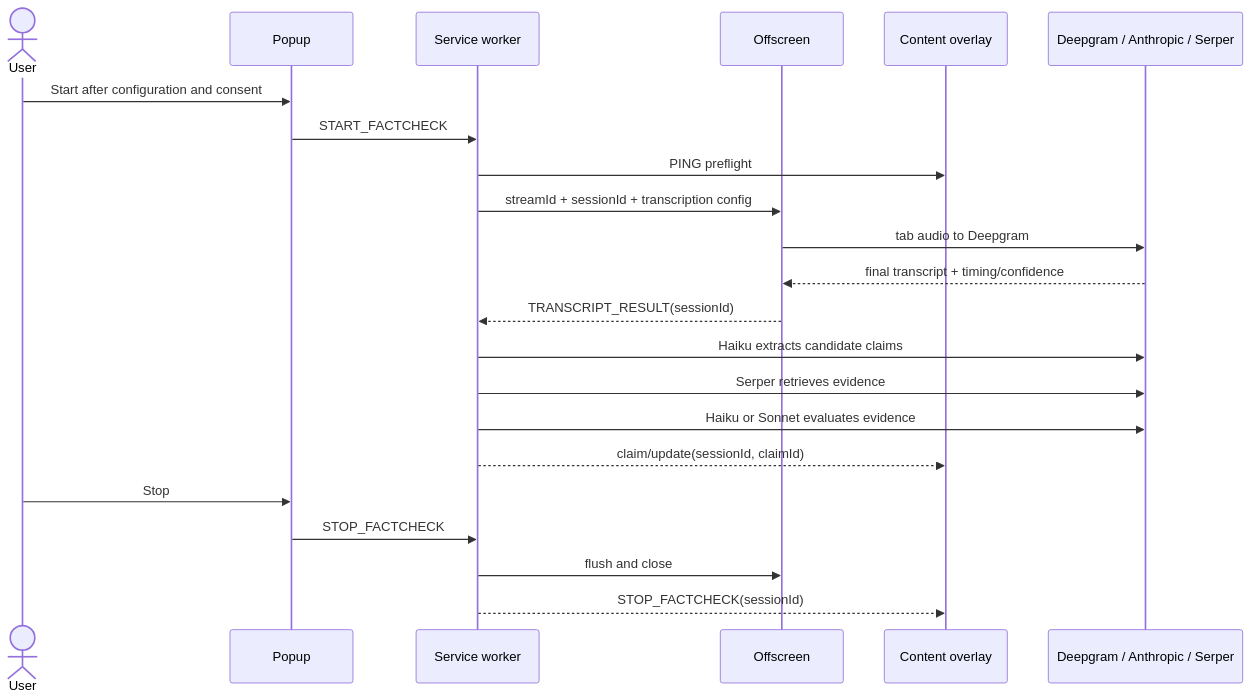
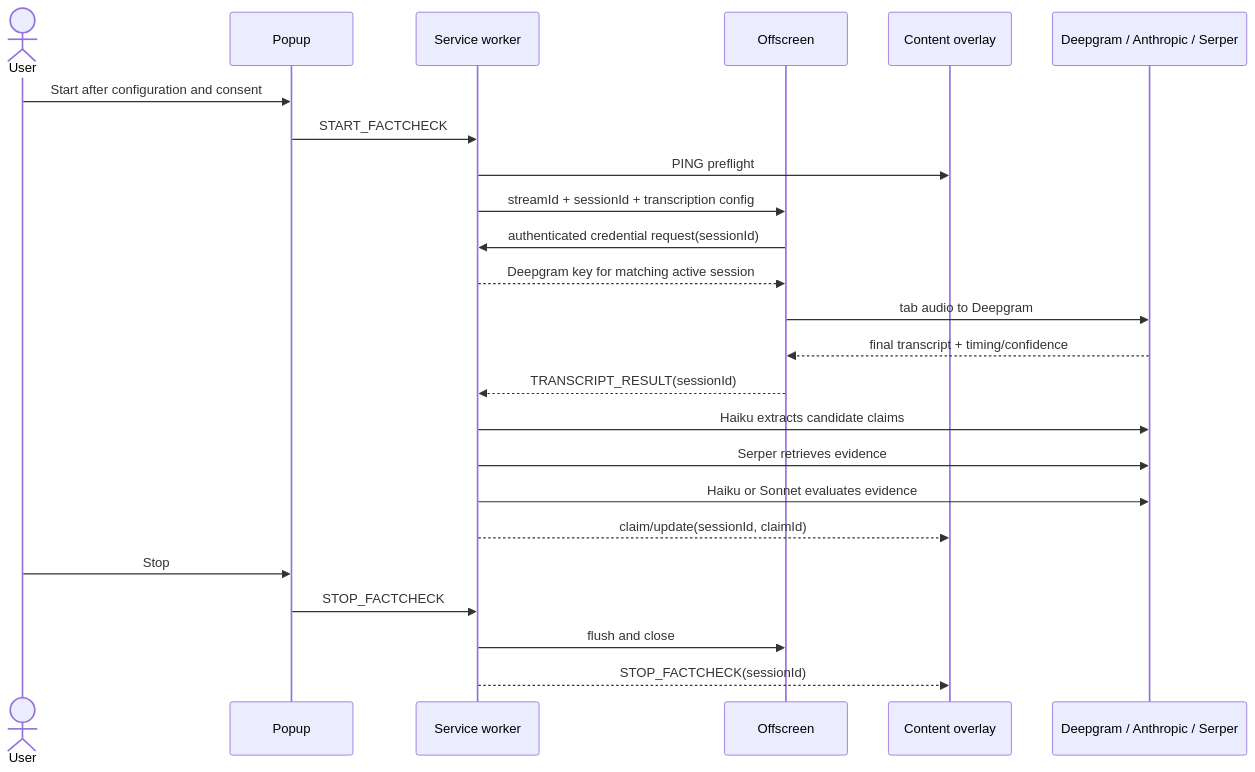
The diagram in docs/ARCHITECTURE.md (chrimatte/intruth-factcheck), drawn with Mermaid before and after one commit. The commit also changed other lines of this file and 9 other files, not shown here.

````diff
--- a/docs/ARCHITECTURE.md
+++ b/docs/ARCHITECTURE.md
@@ -5,25 +5,27 @@
 ```mermaid
 sequenceDiagram
   actor User
   participant Popup
   participant Worker as Service worker
   participant Offscreen
   participant Page as Content overlay
   participant Providers as Deepgram / Anthropic / Serper
 
   User->>Popup: Start after configuration and consent
   Popup->>Worker: START_FACTCHECK
   Worker->>Page: PING preflight
   Worker->>Offscreen: streamId + sessionId + transcription config
+  Offscreen->>Worker: authenticated credential request(sessionId)
+  Worker-->>Offscreen: Deepgram key for matching active session
   Offscreen->>Providers: tab audio to Deepgram
   Providers-->>Offscreen: final transcript + timing/confidence
   Offscreen-->>Worker: TRANSCRIPT_RESULT(sessionId)
   Worker->>Providers: Haiku extracts candidate claims
   Worker->>Providers: Serper retrieves evidence
   Worker->>Providers: Haiku or Sonnet evaluates evidence
   Worker-->>Page: claim/update(sessionId, claimId)
   User->>Popup: Stop
   Popup->>Worker: STOP_FACTCHECK
   Worker->>Offscreen: flush and close
   Worker-->>Page: STOP_FACTCHECK(sessionId)
 ```
````
